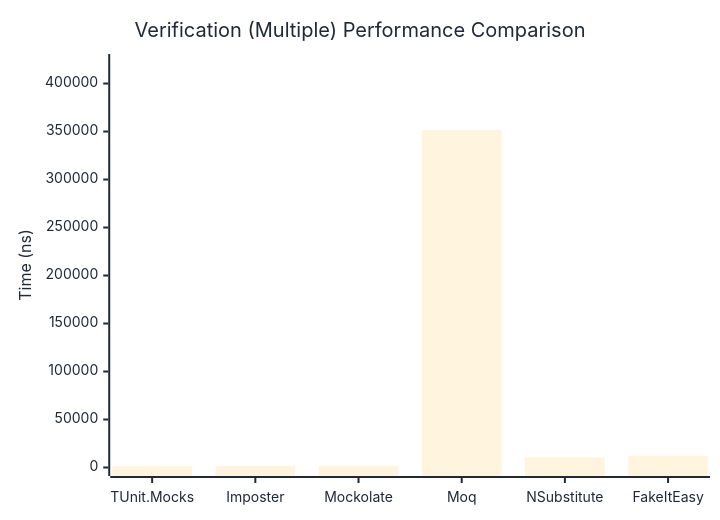
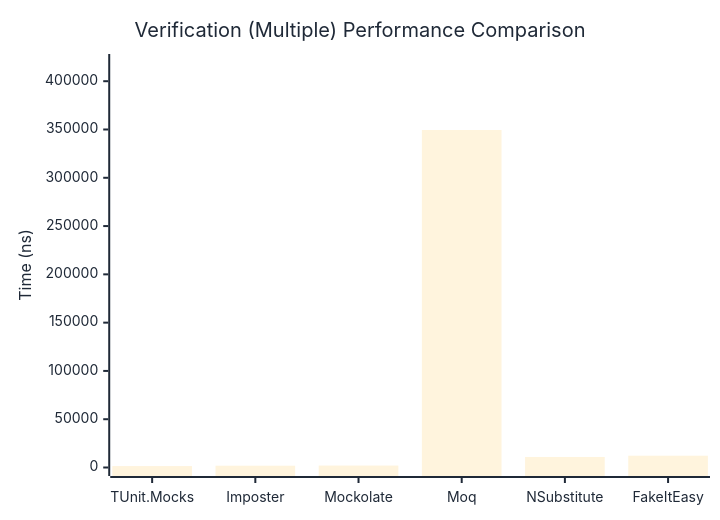
The third of 3 diagrams in docs/docs/benchmarks/mocks/Verification.md (thomhurst/TUnit), drawn with Mermaid before and after one commit. The commit also changed other lines of this file and 14 other files, not shown here.

````diff
--- a/docs/docs/benchmarks/mocks/Verification.md
+++ b/docs/docs/benchmarks/mocks/Verification.md
@@ -110,27 +110,27 @@
 ```mermaid
 %%{init: {
   'theme':'base',
   'themeVariables': {
     'primaryColor': '#2563eb',
     'primaryTextColor': '#1f2937',
     'primaryBorderColor': '#1e40af',
     'lineColor': '#6b7280',
     'secondaryColor': '#7c3aed',
     'tertiaryColor': '#dc2626',
     'background': '#ffffff',
     'pie1': '#2563eb',
     'pie2': '#7c3aed',
     'pie3': '#dc2626',
     'pie4': '#f59e0b',
     'pie5': '#10b981',
     'pie6': '#06b6d4',
     'pie7': '#ec4899',
     'pie8': '#6366f1'
   }
 }}%%
 xychart-beta
   title "Verification (Multiple) Performance Comparison"
   x-axis ["TUnit.Mocks", "Imposter", "Mockolate", "Moq", "NSubstitute", "FakeItEasy"]
-  y-axis "Time (ns)" 0 --> 421922
-  bar [1345.98, 1708.36, 1811.35, 351601.41, 10584.62, 12276.65]
+  y-axis "Time (ns)" 0 --> 419369
+  bar [1473.82, 1851.19, 2013.09, 349473.92, 10913.23, 12223.21]
 ```
````
